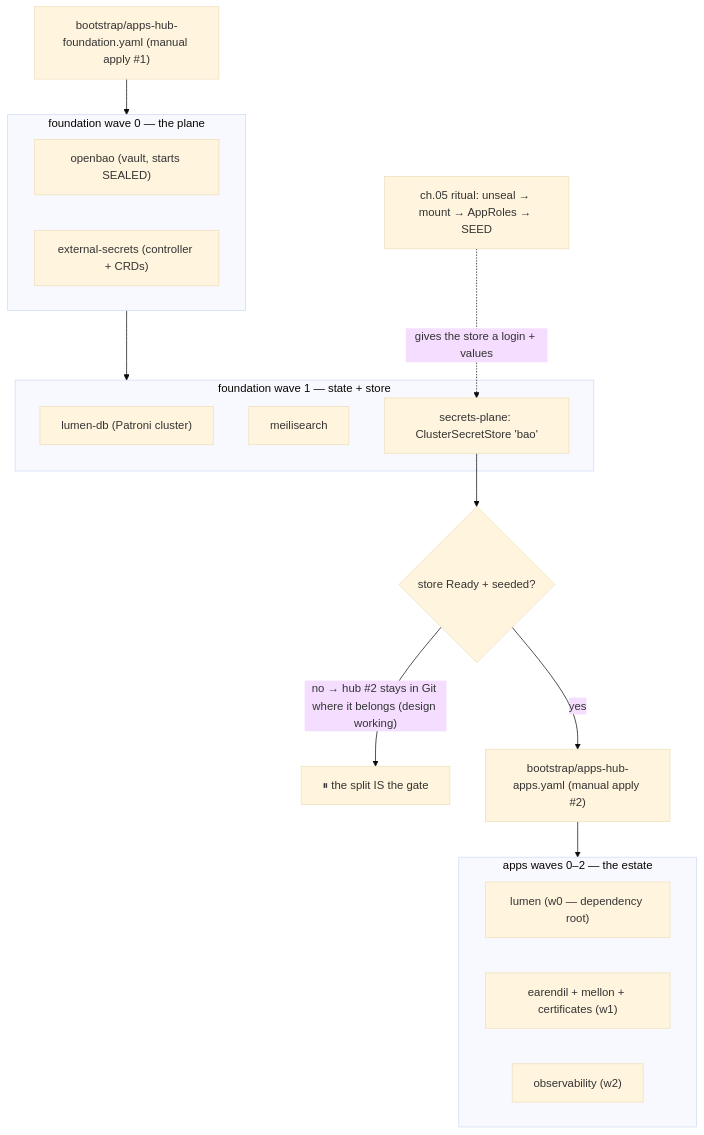
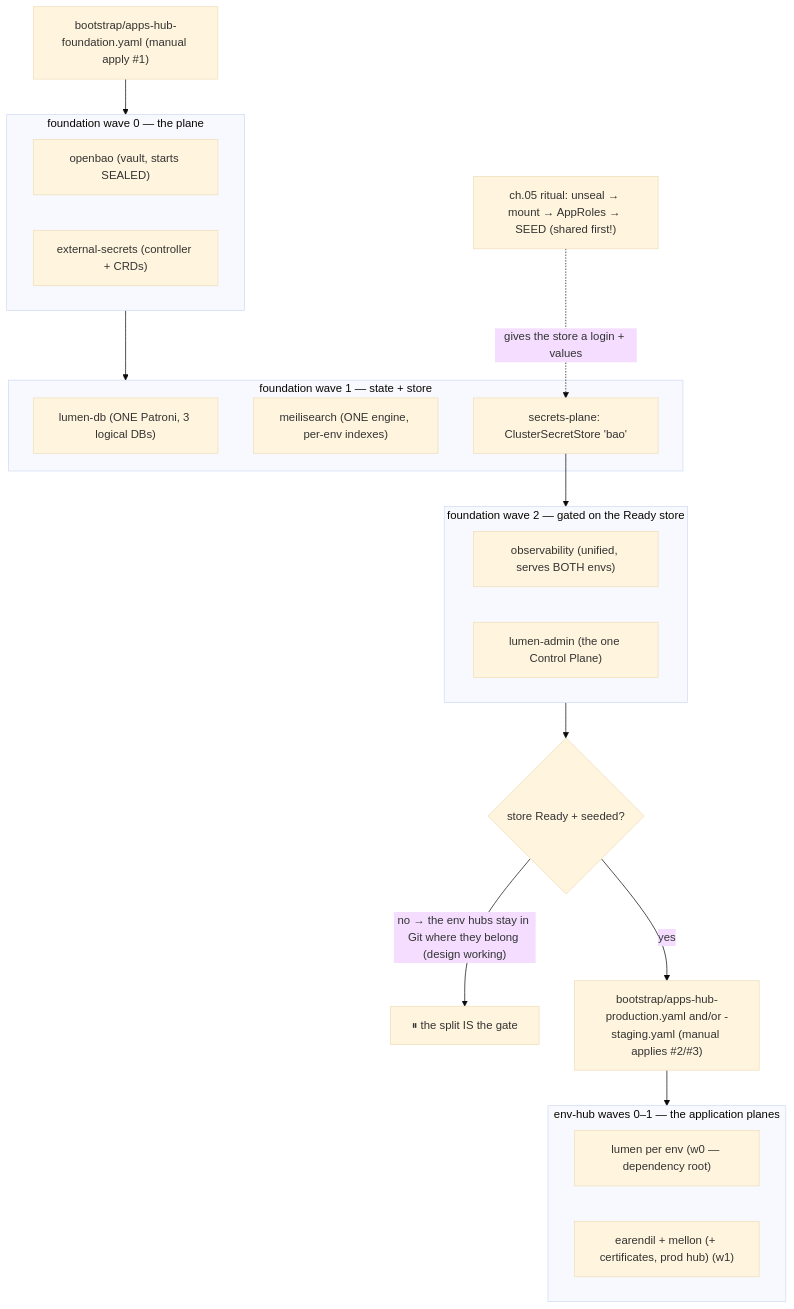
The diagram in runbook/04-gitops.md (kanatabi/omicron), drawn with Mermaid (base theme) before and after one commit. The commit also changed other lines of this file and 17 other files, not shown here.

First line of the commit message:
docs(env-model): runbook/INFRA/README reworked + gate-audit pins

````diff
--- a/runbook/04-gitops.md
+++ b/runbook/04-gitops.md
@@ -134,24 +150,28 @@
 ```mermaid
 flowchart TD
     F["bootstrap/apps-hub-foundation.yaml (manual apply #1)"] --> W0
     subgraph W0["foundation wave 0 — the plane"]
         BAO["openbao (vault, starts SEALED)"]
         ESO["external-secrets (controller + CRDs)"]
     end
     W0 --> W1
     subgraph W1["foundation wave 1 — state + store"]
-        DB["lumen-db (Patroni cluster)"]
-        MEILI["meilisearch"]
+        DB["lumen-db (ONE Patroni, 3 logical DBs)"]
+        MEILI["meilisearch (ONE engine, per-env indexes)"]
         STORE["secrets-plane: ClusterSecretStore 'bao'"]
     end
-    CH5["ch.05 ritual: unseal → mount → AppRoles → SEED"] -.->|"gives the store a login + values"| STORE
-    STORE --> GATE{"store Ready + seeded?"}
-    GATE -->|"no → hub #2 stays in Git where it belongs (design working)"| HOLD["⏸ the split IS the gate"]
-    GATE -->|"yes"| A["bootstrap/apps-hub-apps.yaml (manual apply #2)"]
+    CH5["ch.05 ritual: unseal → mount → AppRoles → SEED (shared first!)"] -.->|"gives the store a login + values"| STORE
+    STORE --> W2
+    subgraph W2["foundation wave 2 — gated on the Ready store"]
+        OBS["observability (unified, serves BOTH envs)"]
+        ADMIN["lumen-admin (the one Control Plane)"]
+    end
+    W2 --> GATE{"store Ready + seeded?"}
+    GATE -->|"no → the env hubs stay in Git where they belong (design working)"| HOLD["⏸ the split IS the gate"]
+    GATE -->|"yes"| A["bootstrap/apps-hub-production.yaml and/or -staging.yaml (manual applies #2/#3)"]
     A --> V0
-    subgraph V0["apps waves 0–2 — the estate"]
-        LUMEN["lumen (w0 — dependency root)"]
-        EAR["earendil + mellon + certificates (w1)"]
-        OBS["observability (w2)"]
+    subgraph V0["env-hub waves 0–1 — the application planes"]
+        LUMEN["lumen per env (w0 — dependency root)"]
+        EAR["earendil + mellon (+ certificates, prod hub) (w1)"]
     end
 ```
````
